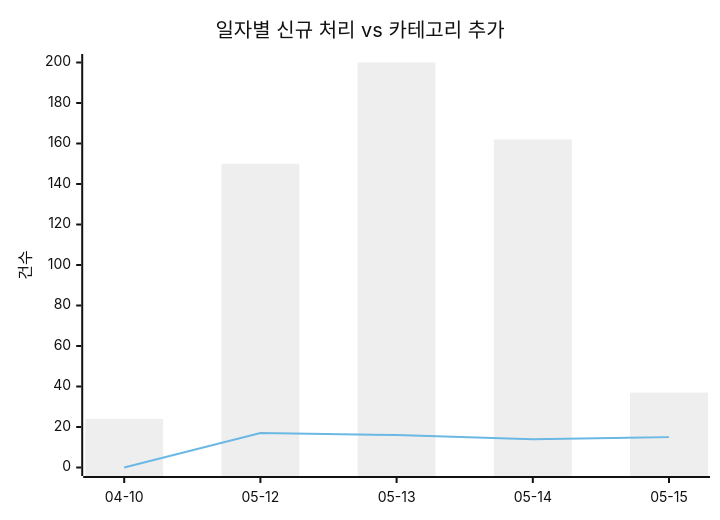
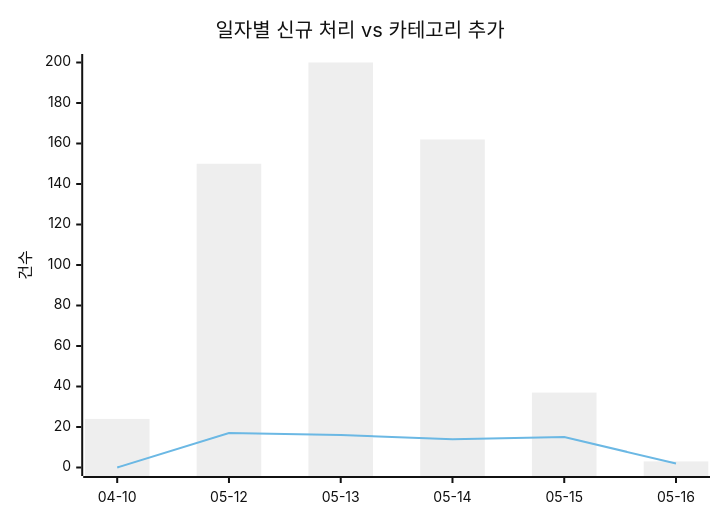
One commit to J-nowcow/awesome-korean-agent-skills changed the first of 2 diagrams in docs/trends.md. Above: the diagram before and after it, drawn with Mermaid (neutral theme). The commit also changed other lines of this file and 5 other files, not shown here.

````diff
--- a/docs/trends.md
+++ b/docs/trends.md
@@ -32,8 +32,8 @@
 ```mermaid
 xychart-beta
     title "일자별 신규 처리 vs 카테고리 추가"
-    x-axis ["04-10","05-12","05-13","05-14","05-15"]
+    x-axis ["04-10","05-12","05-13","05-14","05-15","05-16"]
     y-axis "건수"
-    bar [24,150,200,162,37]
-    line [0,17,16,14,15]
+    bar [24,150,200,162,37,3]
+    line [0,17,16,14,15,2]
 ```
````
